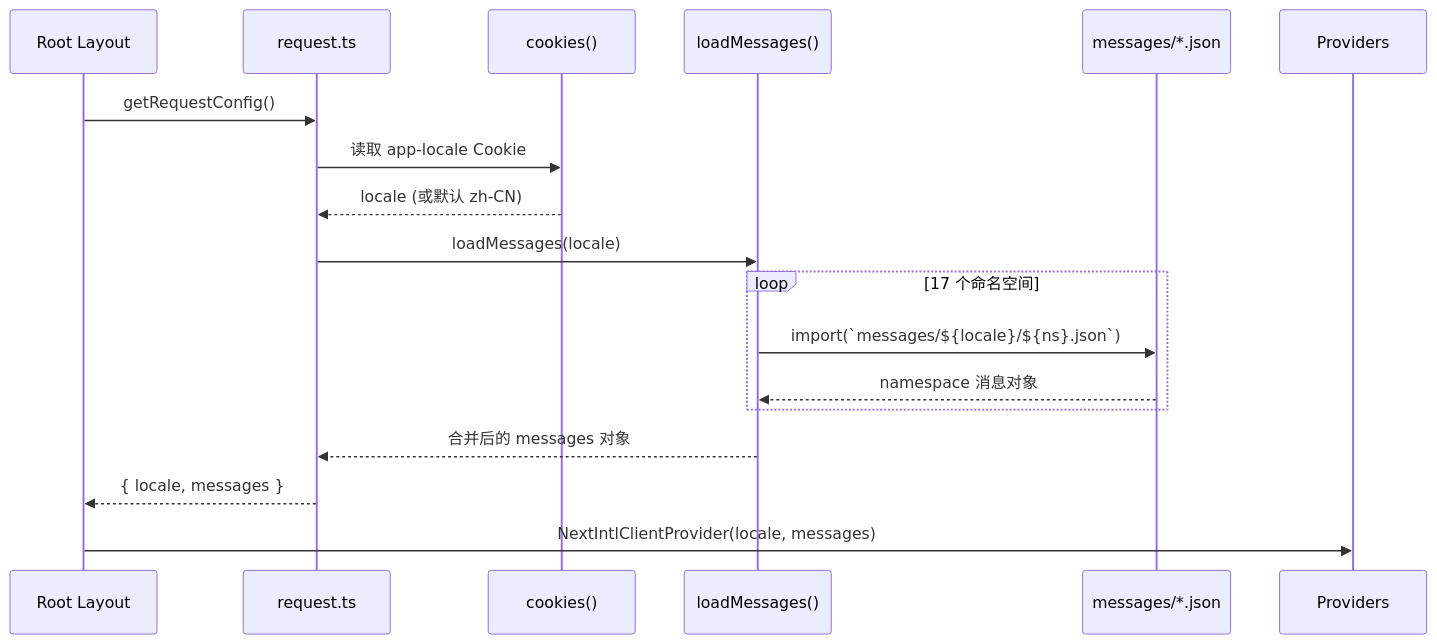
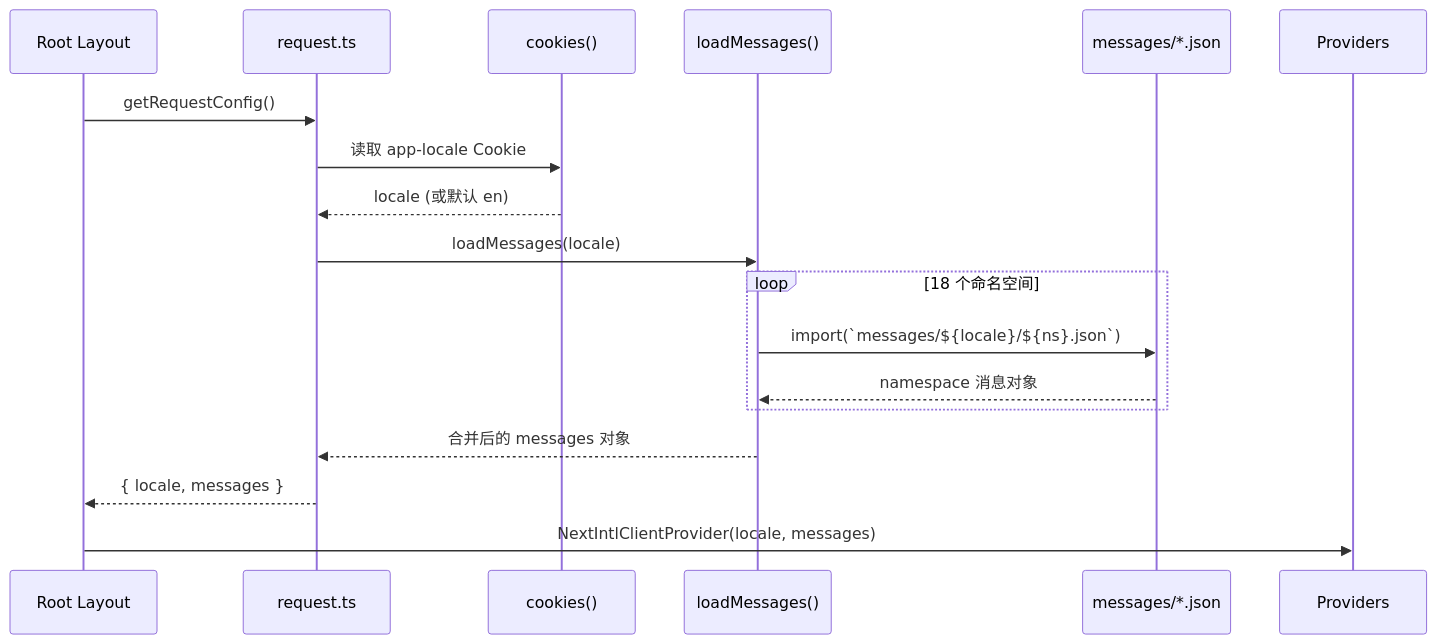
One commit to Sun1090/IndieStack changed the third of 4 diagrams in docs/architecture/10-i18n.md. Above: the diagram before and after it, drawn with Mermaid. The commit also changed other lines of this file and 11 other files, not shown here.

````diff
--- a/docs/architecture/10-i18n.md
+++ b/docs/architecture/10-i18n.md
@@ -96,21 +98,21 @@
 ```mermaid
 sequenceDiagram
     participant R as Root Layout
     participant RC as request.ts
     participant C as cookies()
     participant LM as loadMessages()
     participant FS as messages/*.json
     participant P as Providers
 
     R->>RC: getRequestConfig()
     RC->>C: 读取 app-locale Cookie
-    C-->>RC: locale (或默认 zh-CN)
+    C-->>RC: locale (或默认 en)
     RC->>LM: loadMessages(locale)
-    loop 17 个命名空间
+    loop 18 个命名空间
         LM->>FS: import(`messages/${locale}/${ns}.json`)
         FS-->>LM: namespace 消息对象
     end
     LM-->>RC: 合并后的 messages 对象
     RC-->>R: { locale, messages }
     R->>P: NextIntlClientProvider(locale, messages)
 ```
````
